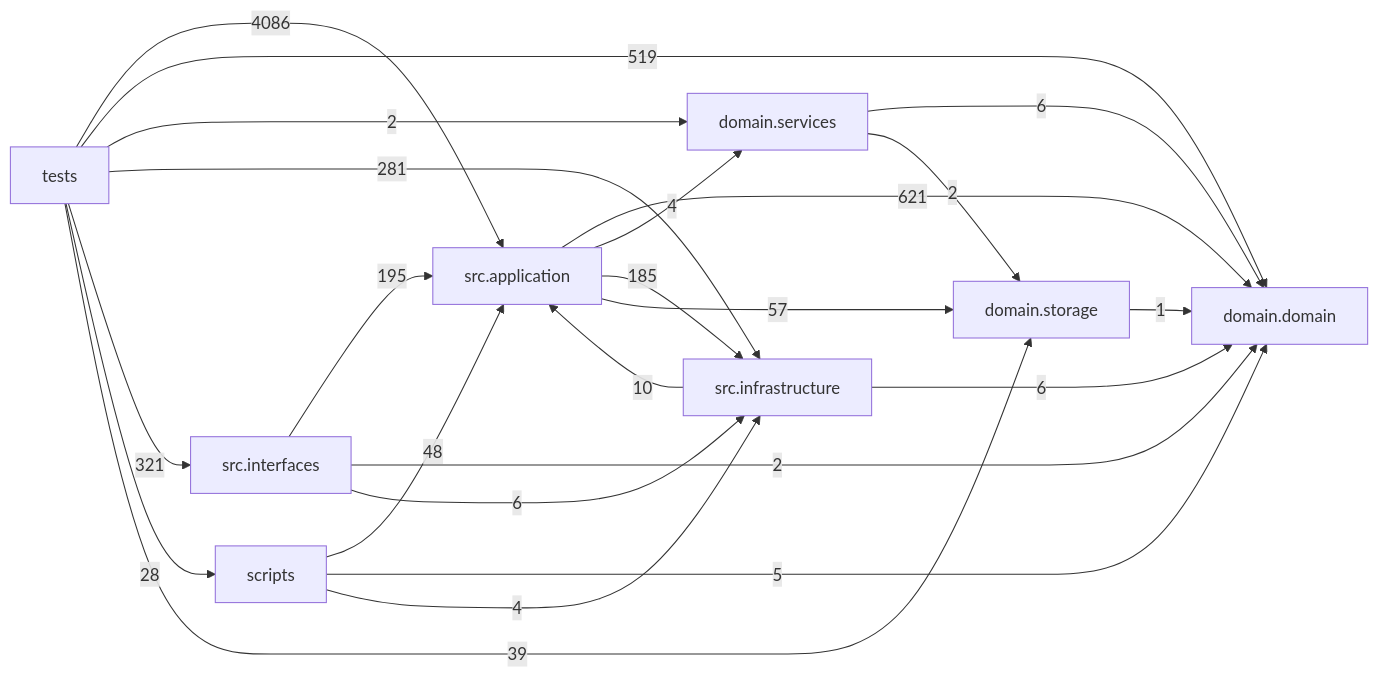
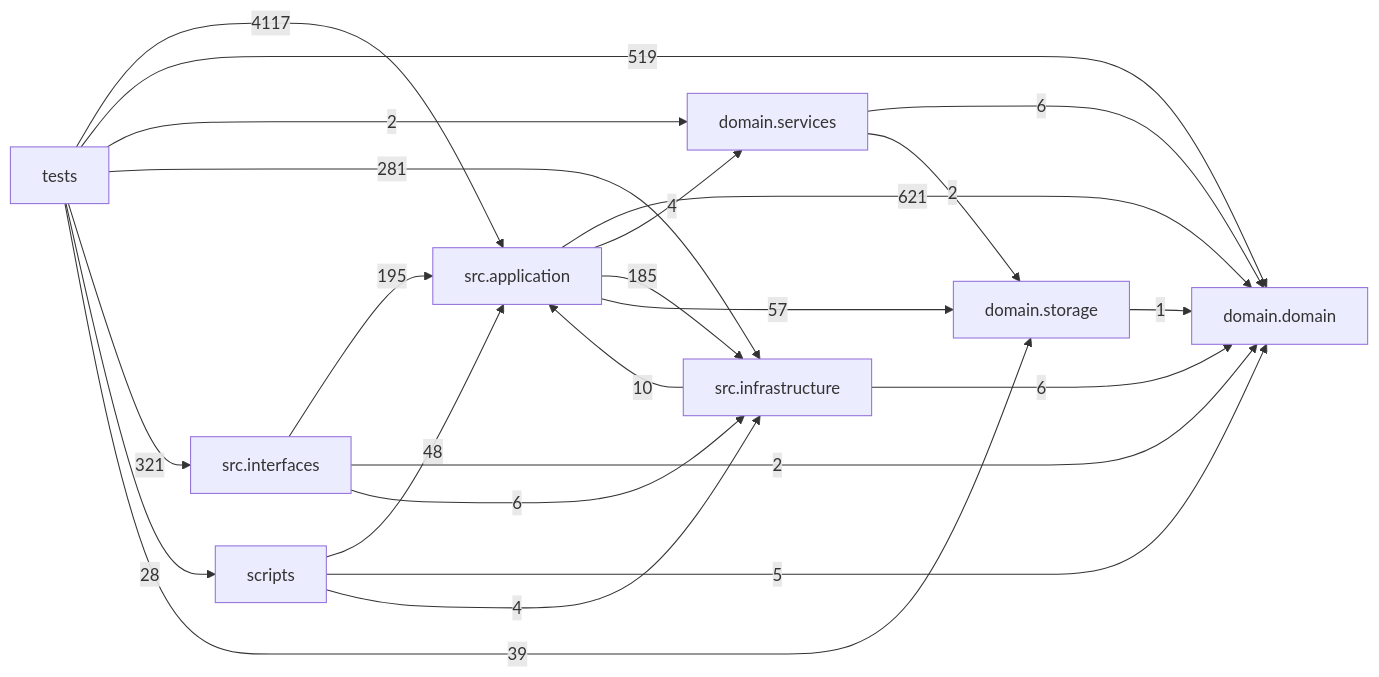
One commit to liuxie066/options-monitor changed the diagram in docs/DEPENDENCY_GRAPH.md. Above: the diagram before and after it, drawn with Mermaid. The commit also changed other lines of this file and 4 other files, not shown here.

````diff
--- a/docs/DEPENDENCY_GRAPH.md
+++ b/docs/DEPENDENCY_GRAPH.md
@@ -24,33 +24,33 @@
 ```mermaid
 flowchart LR
   tests["tests"]
   scripts["scripts"]
   interfaces["src.interfaces"]
   application["src.application"]
   infrastructure["src.infrastructure"]
   domain_services["domain.services"]
   domain["domain.domain"]
   storage["domain.storage"]
   application -->|621| domain
   application -->|4| domain_services
   application -->|185| infrastructure
   application -->|57| storage
   domain_services -->|6| domain
   domain_services -->|2| storage
   infrastructure -->|10| application
   infrastructure -->|6| domain
   interfaces -->|195| application
   interfaces -->|2| domain
   interfaces -->|6| infrastructure
   scripts -->|48| application
   scripts -->|5| domain
   scripts -->|4| infrastructure
   storage -->|1| domain
-  tests -->|4086| application
+  tests -->|4117| application
   tests -->|519| domain
   tests -->|2| domain_services
   tests -->|281| infrastructure
   tests -->|321| interfaces
   tests -->|28| scripts
   tests -->|39| storage
 ```
````
